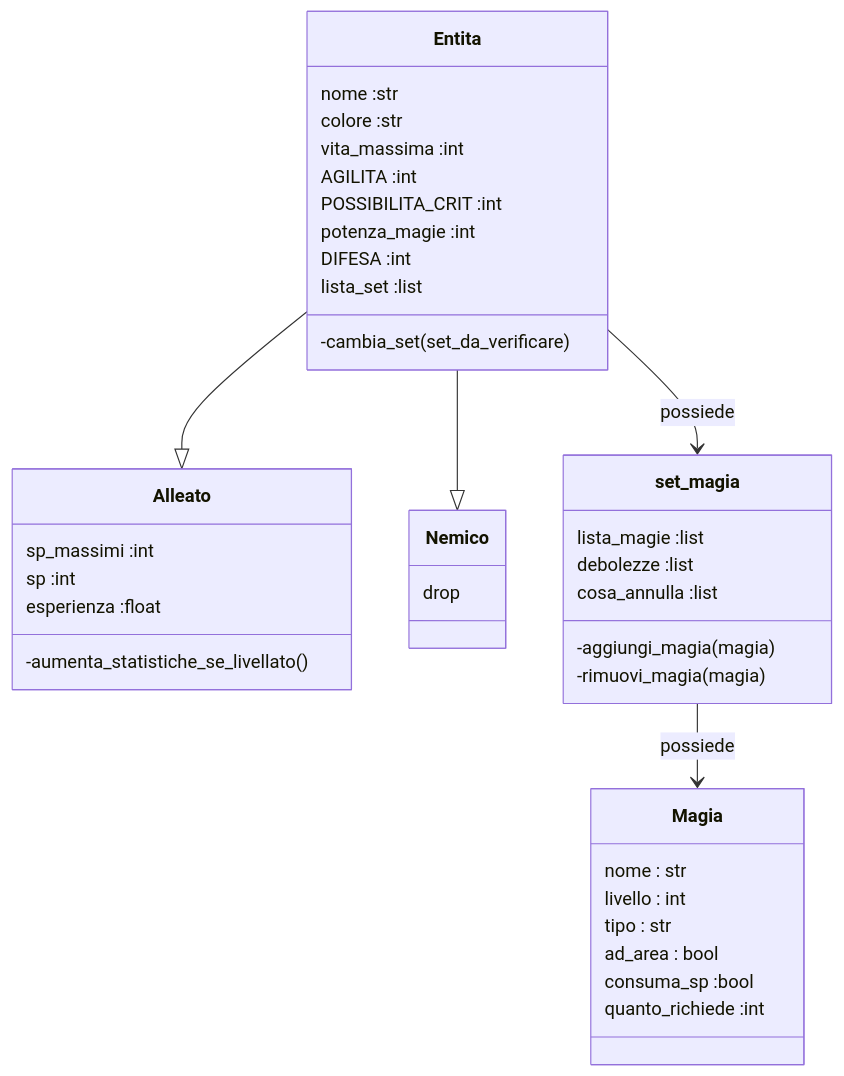
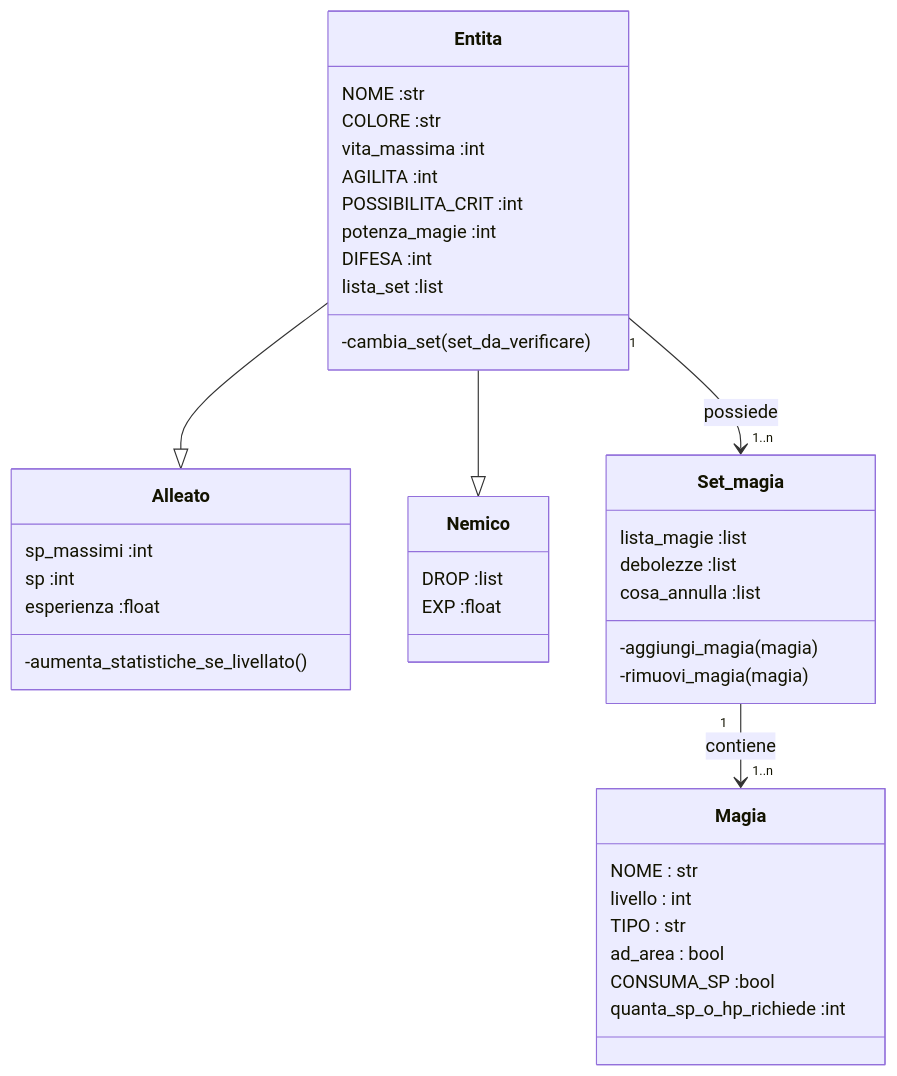
Before and after one commit to MarcoArlotti/A_simple_JRPG_on_the_CMD_RE-COMMITTED: the diagram in uml/game_logic.md, drawn with Mermaid. The commit also changed 2 other files, not shown here.

Commit message:
added Magia class, and added exp and leveling up funcion

````diff
--- a/uml/game_logic.md
+++ b/uml/game_logic.md
@@ -1,47 +1,48 @@
 ```mermaid
 classDiagram
 Entita --|> Alleato
 Entita --|> Nemico
-Entita --> set_magia :possiede
-set_magia --> Magia :possiede
+Entita "1"--> "1..n" Set_magia :possiede
+Set_magia "1" --> "1..n" Magia :contiene
 
 class Entita {
-    nome :str
-    colore :str
+    NOME :str
+    COLORE :str
     vita_massima :int
     AGILITA :int
     POSSIBILITA_CRIT :int
     potenza_magie :int
     DIFESA :int
     lista_set :list
     -cambia_set(set_da_verificare)
 }
 
 class Alleato {
     sp_massimi :int
     sp :int
     esperienza :float
     -aumenta_statistiche_se_livellato()
 }
 
 class Nemico{
-    drop
+    DROP :list
+    EXP :float
 }
 
-class set_magia {
+class Set_magia {
     lista_magie :list
     debolezze :list
     cosa_annulla :list
     -aggiungi_magia(magia)
     -rimuovi_magia(magia)
 }
 
 class Magia {
-    nome : str
+    NOME : str
     livello : int
-    tipo : str
+    TIPO : str
     ad_area : bool
-    consuma_sp :bool
-    quanto_richiede :int
+    CONSUMA_SP :bool
+    quanta_sp_o_hp_richiede :int
 }
 ```
````
